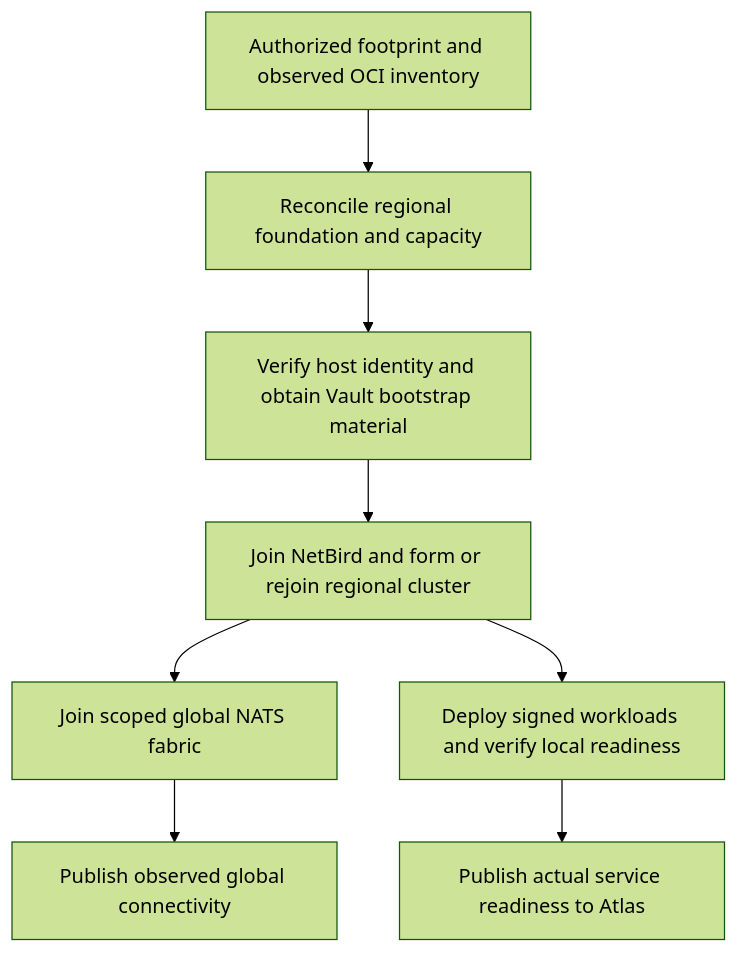
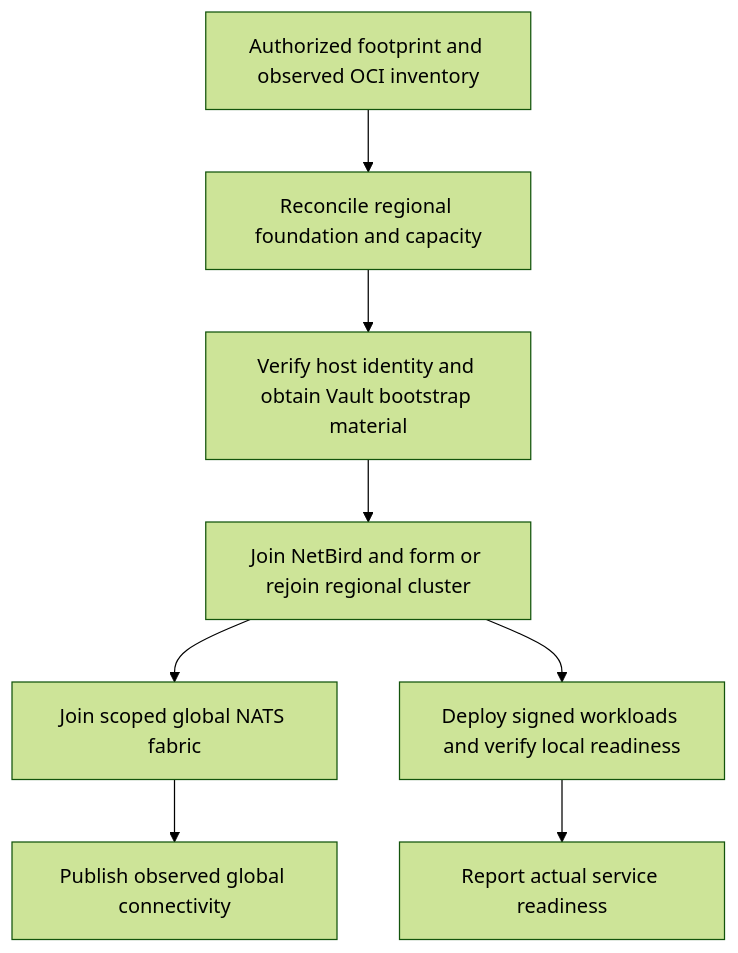
One commit to TerraScale/ts-orchestrator changed the diagram in docs/automatic-regions.md. Above: the diagram before and after it, drawn with Mermaid (forest theme). The commit also changed other lines of this file and 35 other files, not shown here.

````diff
--- a/docs/automatic-regions.md
+++ b/docs/automatic-regions.md
@@ -18,10 +18,10 @@
 ```mermaid
 flowchart TD
     A[Authorized footprint and observed OCI inventory] --> B[Reconcile regional foundation and capacity]
     B --> C[Verify host identity and obtain Vault bootstrap material]
     C --> D[Join NetBird and form or rejoin regional cluster]
     D --> E[Join scoped global NATS fabric]
     D --> F[Deploy signed workloads and verify local readiness]
     E --> G[Publish observed global connectivity]
-    F --> H[Publish actual service readiness to Atlas]
+    F --> H[Report actual service readiness]
 ```
````
